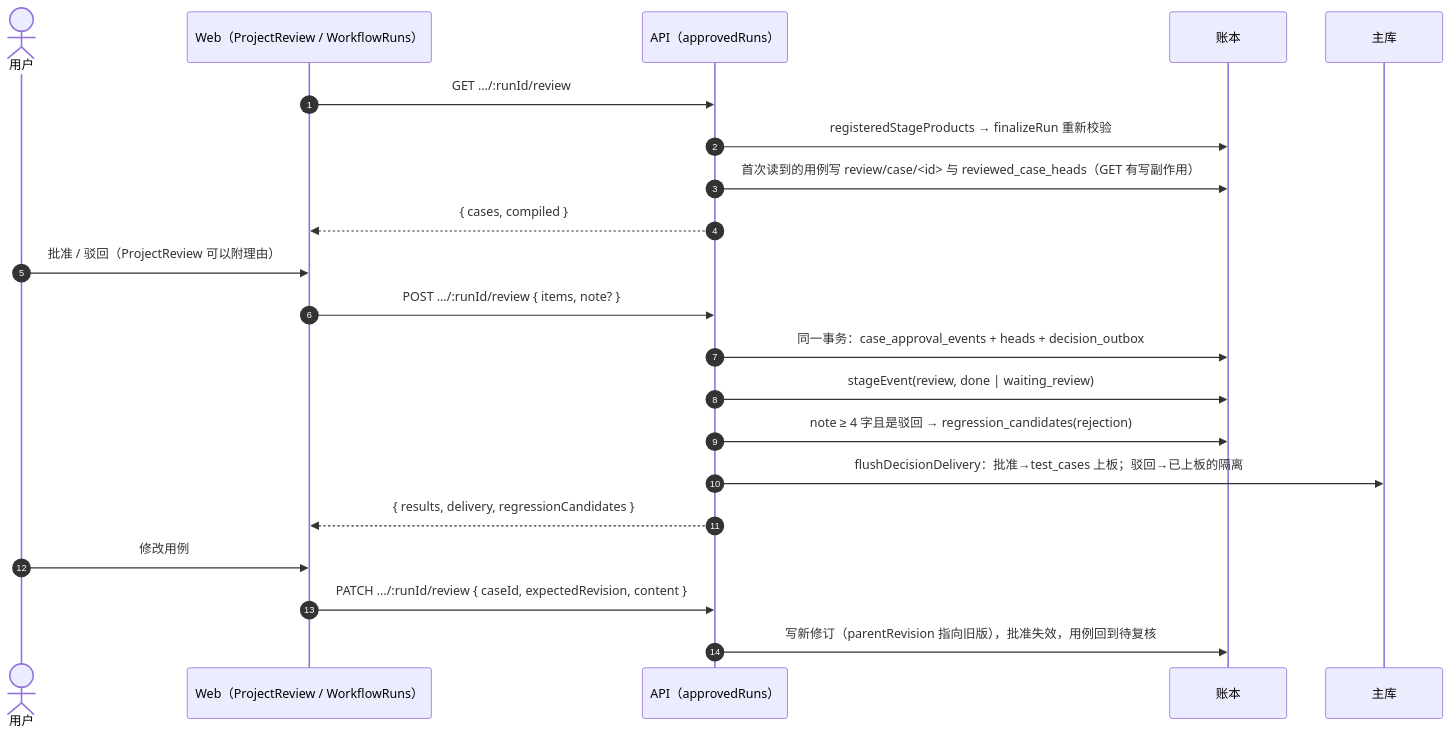
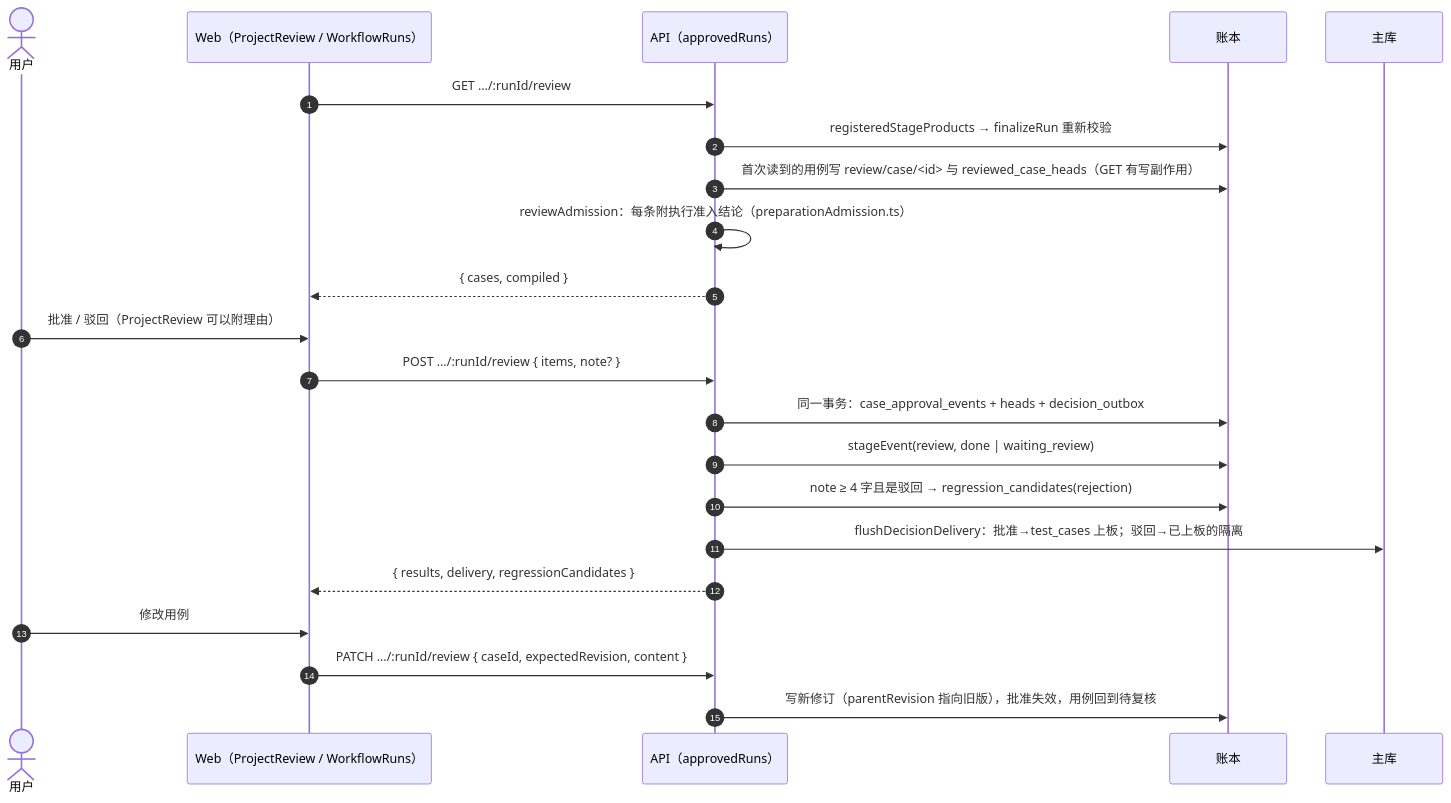
The fifth of 8 diagrams in docs/v3/02-工作流-横向与纵向.md (zyonlab/TestPilot), drawn with Mermaid before and after one commit. The commit also changed other lines of this file and 94 other files, not shown here.

````diff
--- a/docs/v3/02-工作流-横向与纵向.md
+++ b/docs/v3/02-工作流-横向与纵向.md
@@ -281,23 +312,24 @@
 ```mermaid
 sequenceDiagram
   autonumber
   actor U as 用户
   participant W as Web（ProjectReview / WorkflowRuns）
   participant A as API（approvedRuns）
   participant L as 账本
   participant D as 主库
   W->>A: GET …/:runId/review
   A->>L: registeredStageProducts → finalizeRun 重新校验
   A->>L: 首次读到的用例写 review/case/<id> 与 reviewed_case_heads（GET 有写副作用）
+  A->>A: reviewAdmission：每条附执行准入结论（preparationAdmission.ts）
   A-->>W: { cases, compiled }
   U->>W: 批准 / 驳回（ProjectReview 可以附理由）
   W->>A: POST …/:runId/review { items, note? }
   A->>L: 同一事务：case_approval_events + heads + decision_outbox
   A->>L: stageEvent(review, done | waiting_review)
   A->>L: note ≥ 4 字且是驳回 → regression_candidates(rejection)
   A->>D: flushDecisionDelivery：批准→test_cases 上板；驳回→已上板的隔离
   A-->>W: { results, delivery, regressionCandidates }
   U->>W: 修改用例
   W->>A: PATCH …/:runId/review { caseId, expectedRevision, content }
   A->>L: 写新修订（parentRevision 指向旧版），批准失效，用例回到待复核
 ```
````
